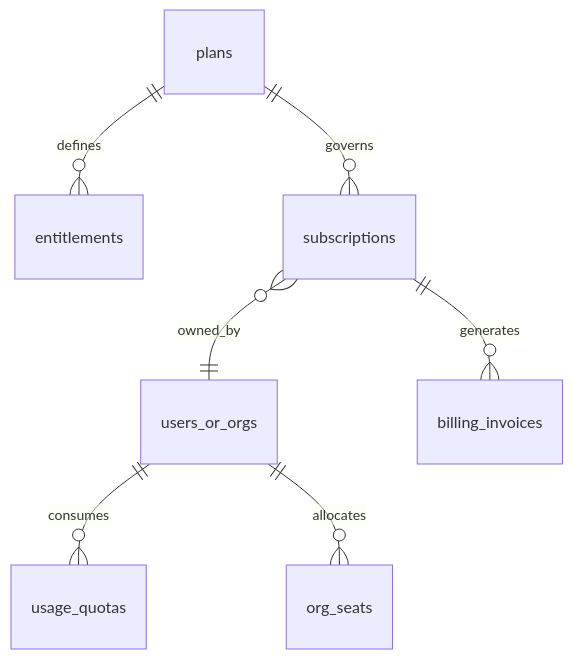
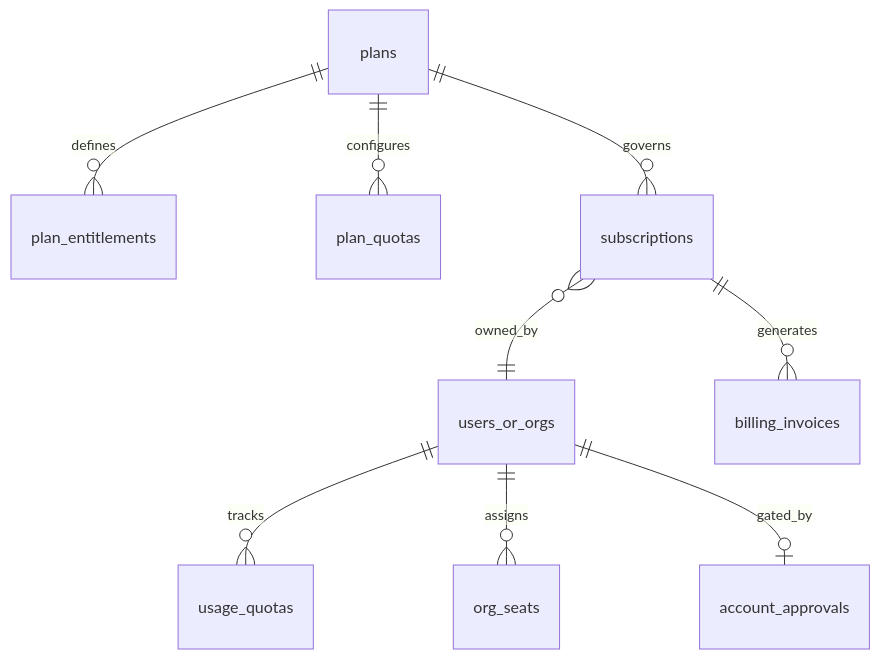
Before and after one commit to mjd-code/obmap-meed: the fifth of 6 diagrams in docs/00-meta/00-0-master-blueprint.md, drawn with Mermaid. The commit also changed other lines of this file and 130 other files, not shown here.

````diff
--- a/docs/00-meta/00-0-master-blueprint.md
+++ b/docs/00-meta/00-0-master-blueprint.md
@@ -228,9 +246,11 @@
 ```mermaid
 erDiagram
-    plans ||--o{ entitlements : defines
+    plans ||--o{ plan_entitlements : defines
+    plans ||--o{ plan_quotas : configures
     plans ||--o{ subscriptions : governs
     subscriptions }o--|| users_or_orgs : owned_by
     subscriptions ||--o{ billing_invoices : generates
-    users_or_orgs ||--o{ usage_quotas : consumes
-    users_or_orgs ||--o{ org_seats : allocates
+    users_or_orgs ||--o{ usage_quotas : tracks
+    users_or_orgs ||--o{ org_seats : assigns
+    users_or_orgs ||--o| account_approvals : gated_by
 ```
````
